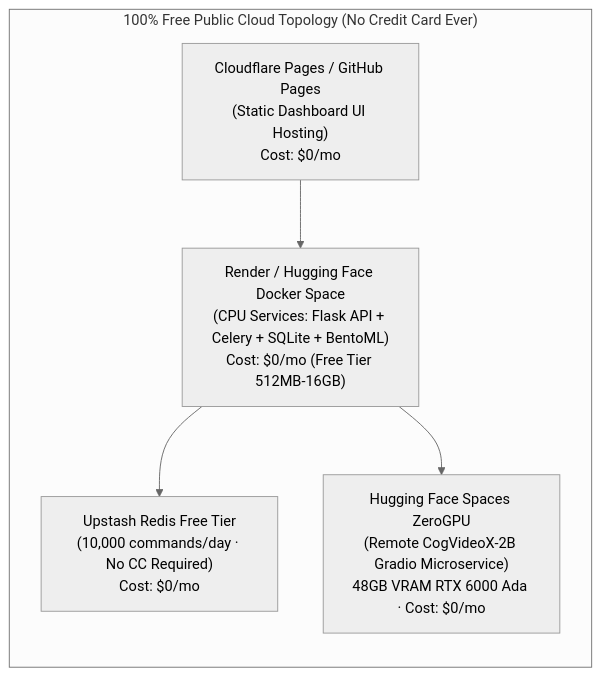
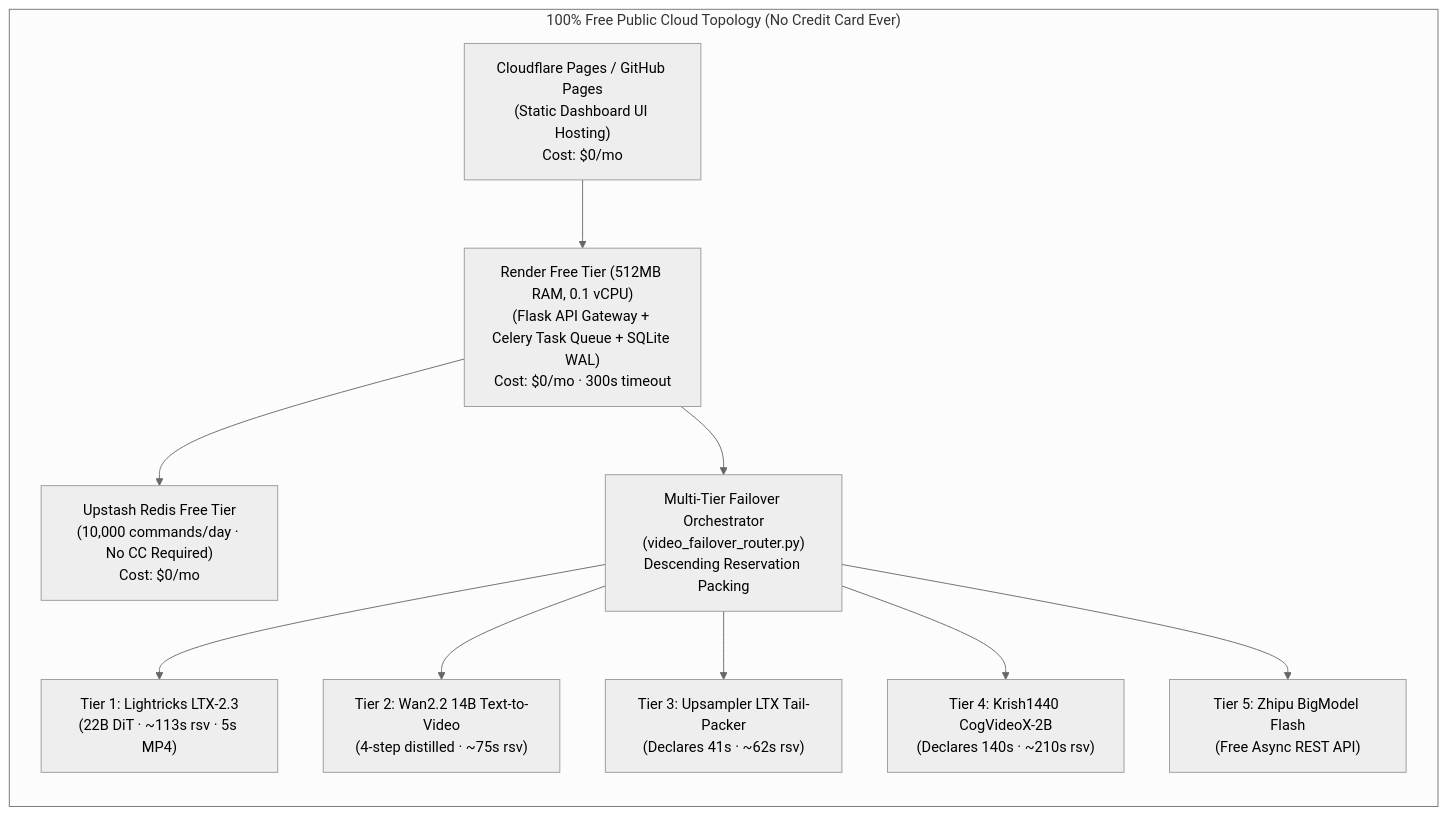
Before and after one commit to Chiranth-D-Nandi/n8n-content-engine: the second of 2 diagrams in README.md, drawn with Mermaid (neutral theme). The commit also changed other lines of this file and 9 other files, not shown here.

Commit message:
docs: update README with live hosted deployment, multi-tier zerogpu architecture, and web UI screenshots

````diff
--- a/README.md
+++ b/README.md
@@ -112,17 +122,28 @@
 ```mermaid
 flowchart LR
     subgraph ZeroCost_Public_Cloud["100% Free Public Cloud Topology (No Credit Card Ever)"]
         direction TB
         CF["Cloudflare Pages / GitHub Pages\n(Static Dashboard UI Hosting)\nCost: $0/mo"]
         
-        Render["Render / Hugging Face Docker Space\n(CPU Services: Flask API + Celery + SQLite + BentoML)\nCost: $0/mo (Free Tier 512MB-16GB)"]
+        Render["Render Free Tier (512MB RAM, 0.1 vCPU)\n(Flask API Gateway + Celery Task Queue + SQLite WAL)\nCost: $0/mo · 300s timeout"]
         
-        HFZeroGPU["Hugging Face Spaces ZeroGPU\n(Remote CogVideoX-2B Gradio Microservice)\n48GB VRAM RTX 6000 Ada · Cost: $0/mo"]
+        Router["Multi-Tier Failover Orchestrator\n(video_failover_router.py)\nDescending Reservation Packing"]
+        
+        ZeroGPU1["Tier 1: Lightricks LTX-2.3\n(22B DiT · ~113s rsv · 5s MP4)"]
+        ZeroGPU2["Tier 2: Wan2.2 14B Text-to-Video\n(4-step distilled · ~75s rsv)"]
+        ZeroGPU3["Tier 3: Upsampler LTX Tail-Packer\n(Declares 41s · ~62s rsv)"]
+        ZeroGPU4["Tier 4: Krish1440 CogVideoX-2B\n(Declares 140s · ~210s rsv)"]
+        BigModel["Tier 5: Zhipu BigModel Flash\n(Free Async REST API)"]
         
         Upstash["Upstash Redis Free Tier\n(10,000 commands/day · No CC Required)\nCost: $0/mo"]
         
         CF --> Render
         Render --> Upstash
-        Render --> HFZeroGPU
+        Render --> Router
+        Router --> ZeroGPU1
+        Router --> ZeroGPU2
+        Router --> ZeroGPU3
+        Router --> ZeroGPU4
+        Router --> BigModel
     end
 ```
````
